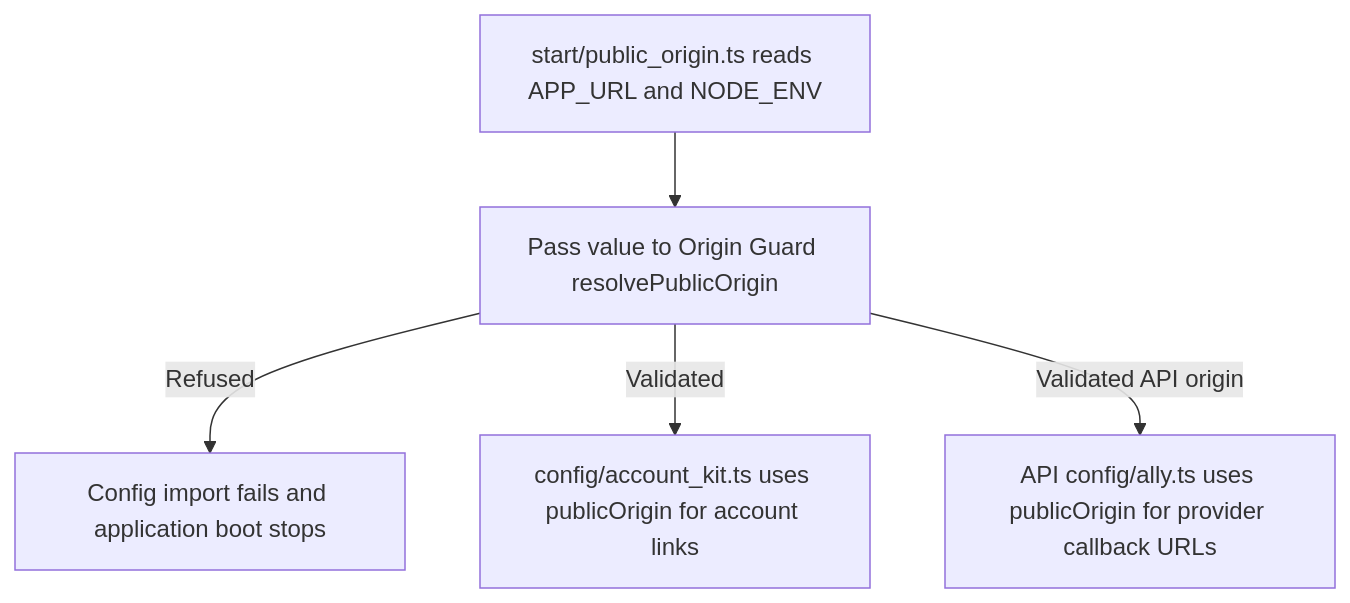
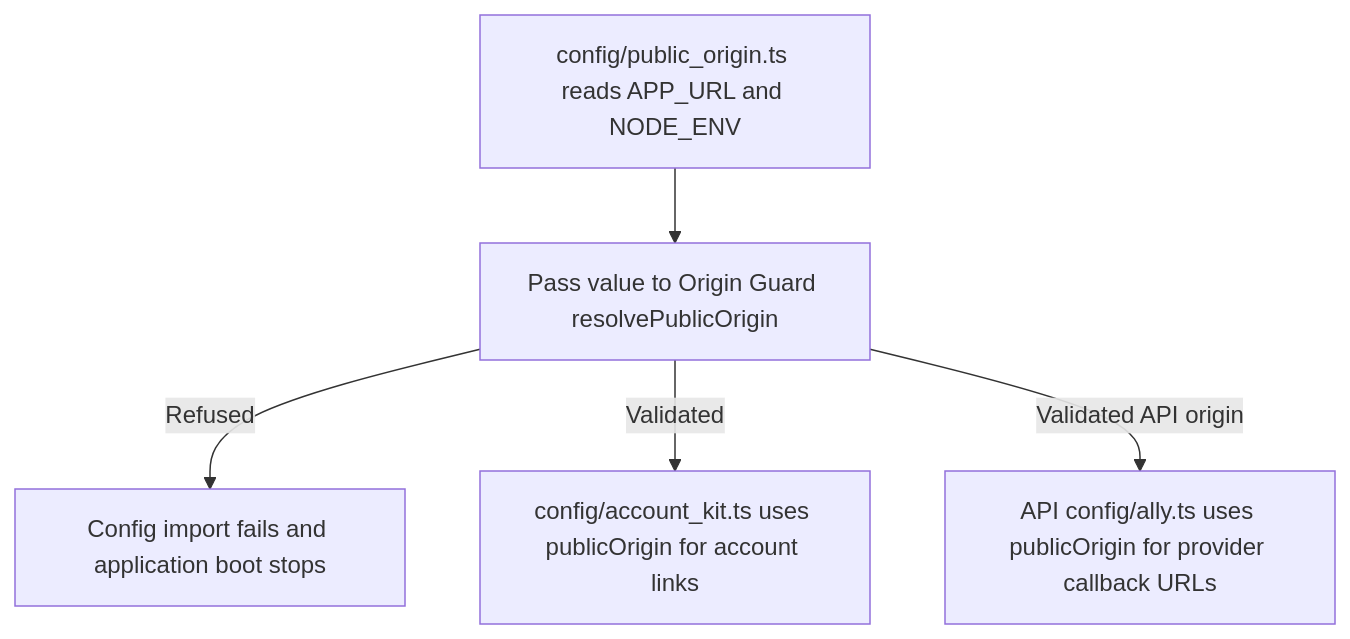
Before and after one commit to Kevinjohn/oss-adonisjs-starter-examples: the second of 2 diagrams in user-stories/operations/us-ops-12-configure-public-origin.md, drawn with Mermaid. The commit also changed other lines of this file and 3 other files, not shown here.

Commit message:
Preserve live auth strategy reads and repair origin links

````diff
--- a/user-stories/operations/us-ops-12-configure-public-origin.md
+++ b/user-stories/operations/us-ops-12-configure-public-origin.md
@@ -28,7 +28,7 @@
 ```mermaid
 flowchart TD
-    A["start/public_origin.ts reads APP_URL and NODE_ENV"] --> B["Pass value to Origin Guard resolvePublicOrigin"]
+    A["config/public_origin.ts reads APP_URL and NODE_ENV"] --> B["Pass value to Origin Guard resolvePublicOrigin"]
     B -->|Refused| C["Config import fails and application boot stops"]
     B -->|Validated| D["config/account_kit.ts uses publicOrigin for account links"]
     B -->|Validated API origin| E["API config/ally.ts uses publicOrigin for provider callback URLs"]
 ```
````
